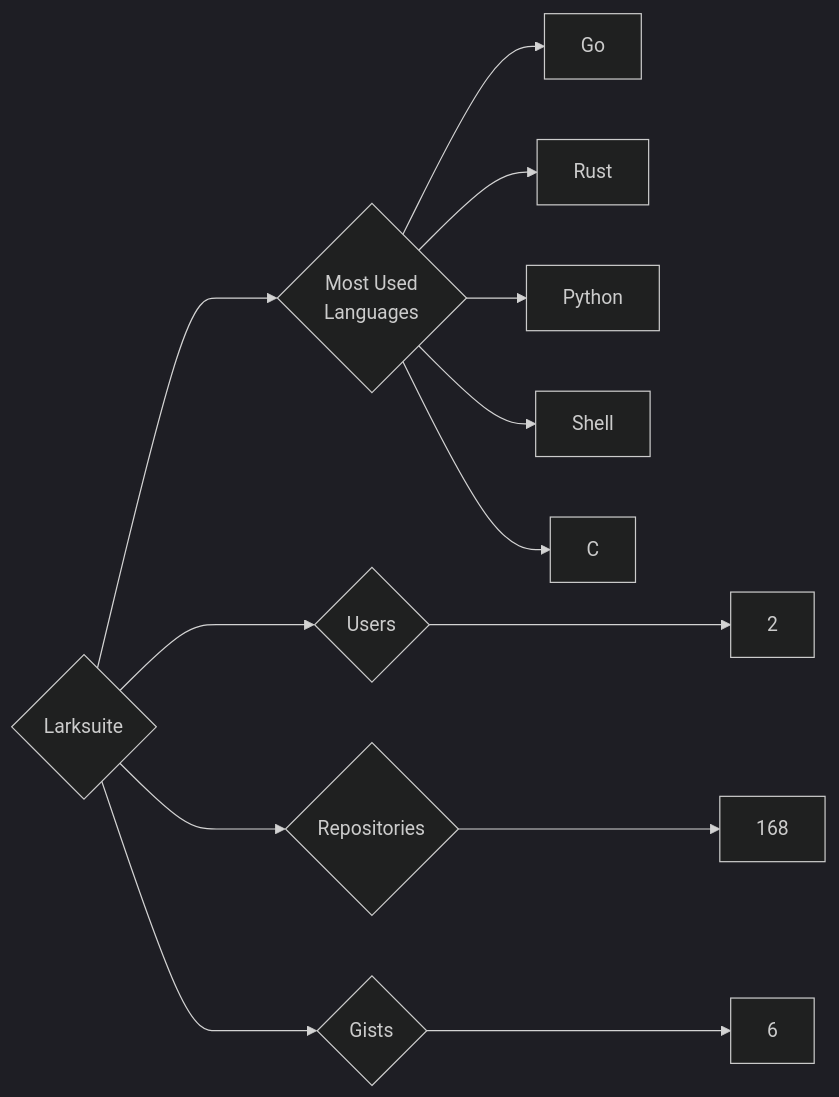
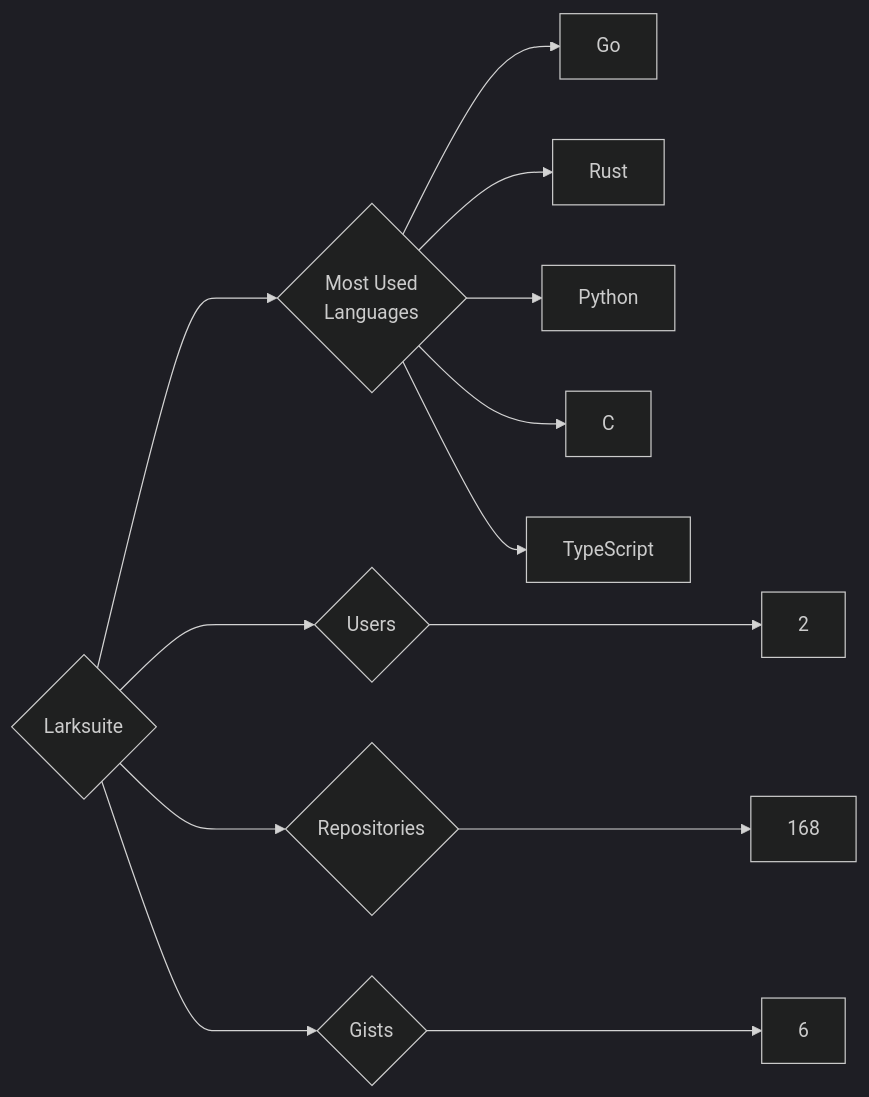
Before and after one commit to trickest/insiders: the diagram in targets/Larksuite/README.md, drawn with Mermaid (dark theme). The commit also changed 553 other files, not shown here.

````diff
--- a/targets/Larksuite/README.md
+++ b/targets/Larksuite/README.md
@@ -3,13 +3,13 @@
 ```mermaid
 graph LR
 COMPANY_NAME{Larksuite}
 COMPANY_NAME ---> U{Users} ---> UN[2]
 COMPANY_NAME ---> R{Repositories} ---> RN[168]
 COMPANY_NAME ---> G{Gists} ---> GN[6]
 COMPANY_NAME ---> ML{Most Used<br>Languages}
 ML --> Go[Go]
 ML --> Rust[Rust]
 ML --> Python[Python]
-ML --> Shell[Shell]
 ML --> C[C]
+ML --> TypeScript[TypeScript]
 ```
````
